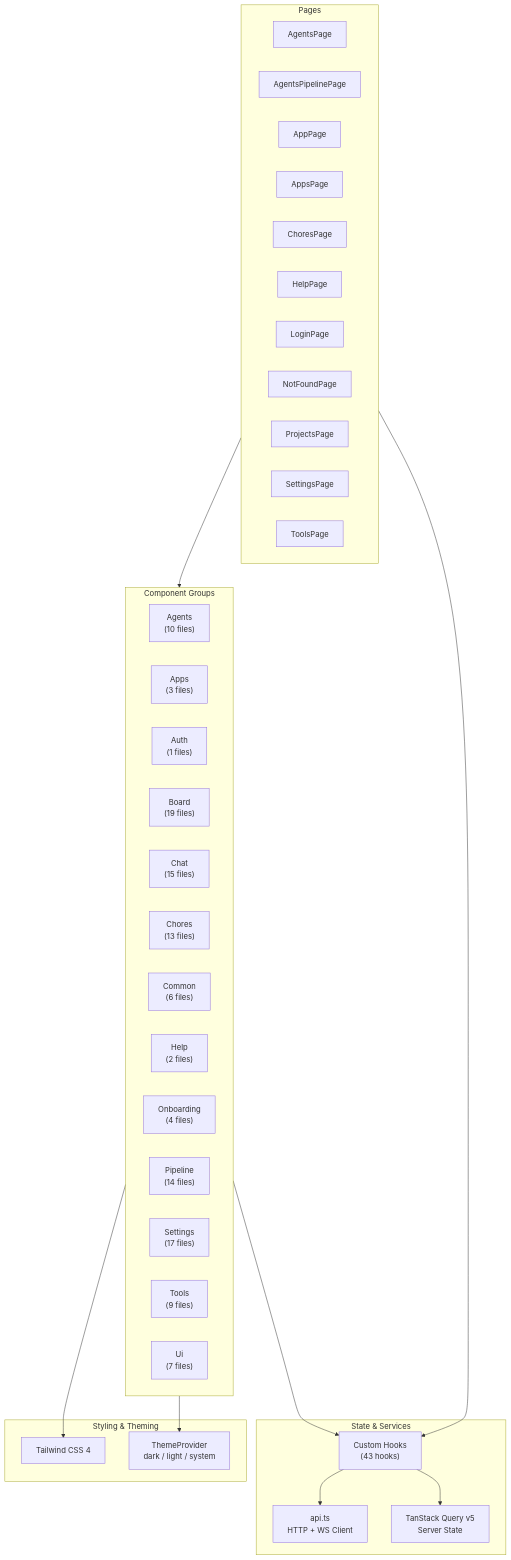
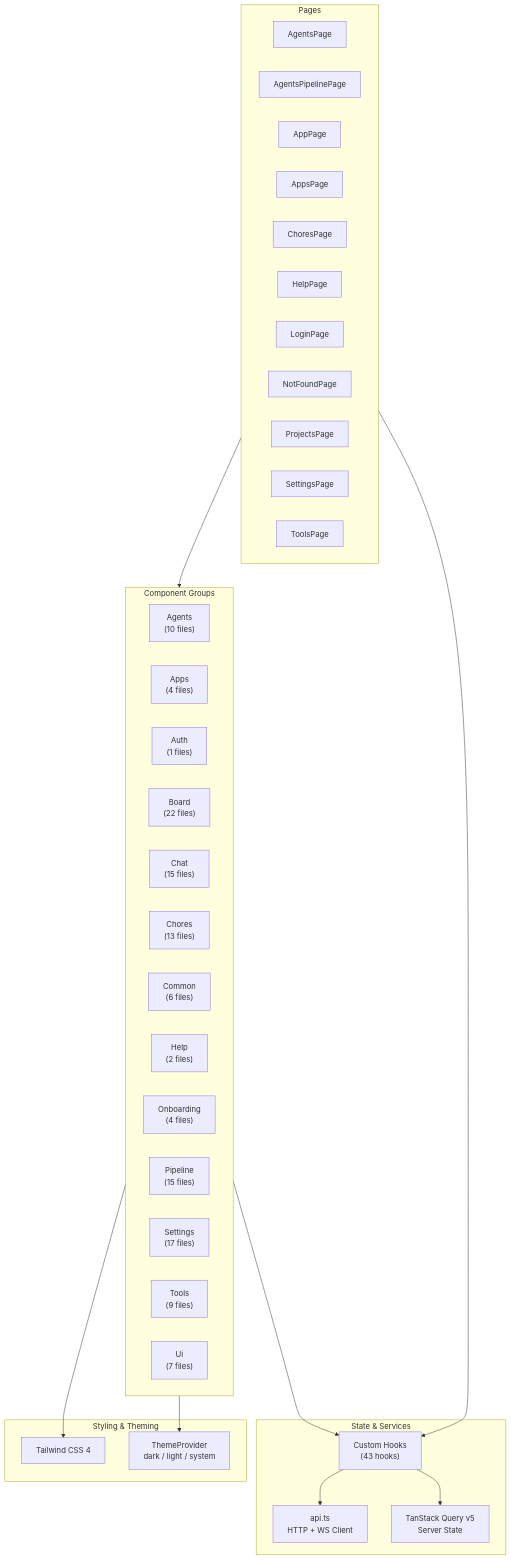
One commit to Boykai/github-workflows changed the diagram in solune/docs/architectures/frontend-components.mmd. Above: the diagram before and after it, drawn with Mermaid. The commit also changed 1 other file, not shown here.

Commit message:
fix: regenerate frontend-components.mmd diagram and revert duplicate tech bullets

```diff
--- a/solune/docs/architectures/frontend-components.mmd
+++ b/solune/docs/architectures/frontend-components.mmd
@@ -1,49 +1,49 @@
 graph TB
     subgraph Pages["Pages"]
         P_0["AgentsPage"]
         P_1["AgentsPipelinePage"]
         P_2["AppPage"]
         P_3["AppsPage"]
         P_4["ChoresPage"]
         P_5["HelpPage"]
         P_6["LoginPage"]
         P_7["NotFoundPage"]
         P_8["ProjectsPage"]
         P_9["SettingsPage"]
         P_10["ToolsPage"]
     end
 
     subgraph Components["Component Groups"]
         C_0["Agents<br/>(10 files)"]
-        C_1["Apps<br/>(3 files)"]
+        C_1["Apps<br/>(4 files)"]
         C_2["Auth<br/>(1 files)"]
-        C_3["Board<br/>(19 files)"]
+        C_3["Board<br/>(22 files)"]
         C_4["Chat<br/>(15 files)"]
         C_5["Chores<br/>(13 files)"]
         C_6["Common<br/>(6 files)"]
         C_7["Help<br/>(2 files)"]
         C_8["Onboarding<br/>(4 files)"]
-        C_9["Pipeline<br/>(14 files)"]
+        C_9["Pipeline<br/>(15 files)"]
         C_10["Settings<br/>(17 files)"]
         C_11["Tools<br/>(9 files)"]
         C_12["Ui<br/>(7 files)"]
     end
 
     subgraph State["State & Services"]
         Hooks["Custom Hooks<br/>(43 hooks)"]
         API["api.ts<br/>HTTP + WS Client"]
         TQ["TanStack Query v5<br/>Server State"]
     end
 
     subgraph Styling["Styling & Theming"]
         TW["Tailwind CSS 4"]
         Theme["ThemeProvider<br/>dark / light / system"]
     end
 
     Pages --> Components
     Pages --> Hooks
     Components --> Hooks
     Hooks --> API
     Hooks --> TQ
     Components --> TW
     Components --> Theme
```
